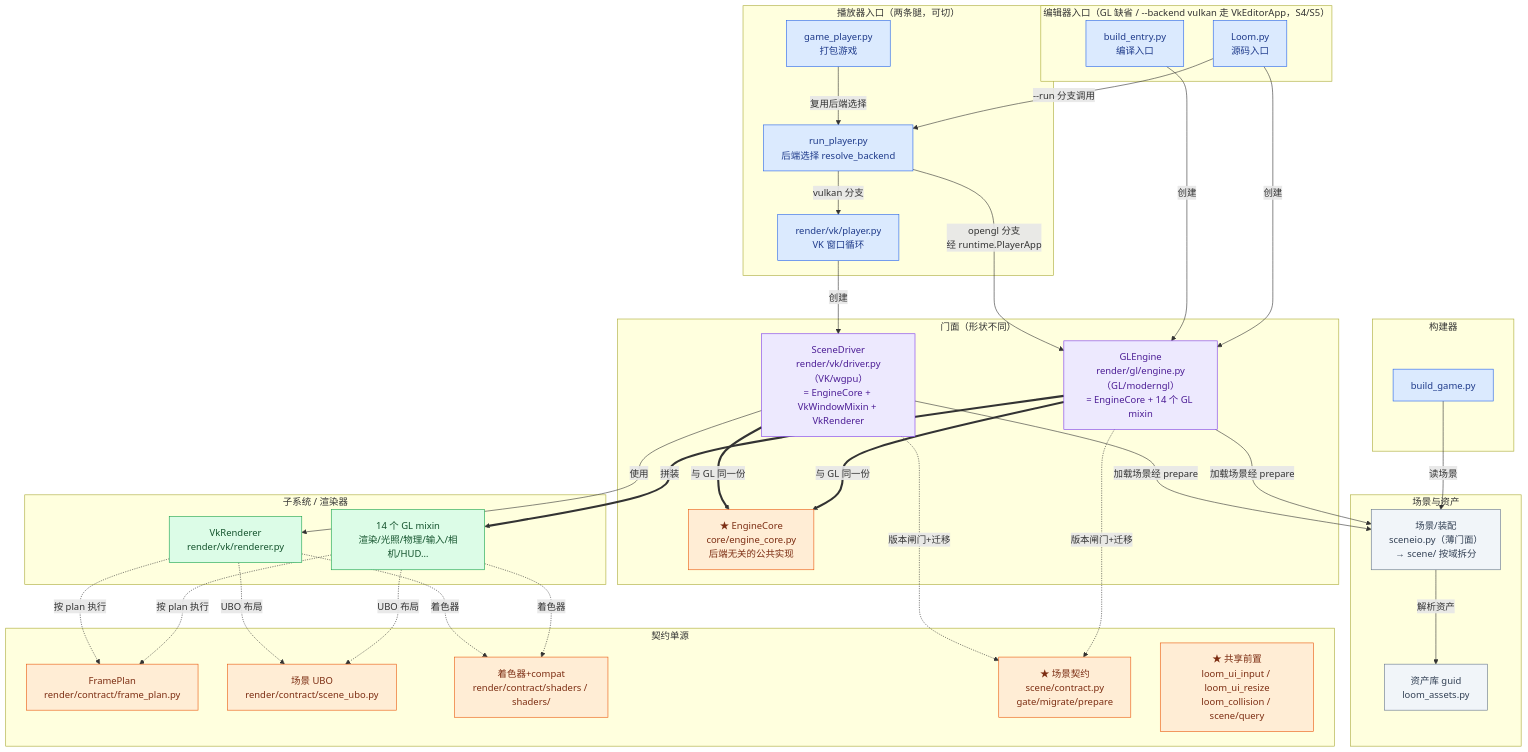
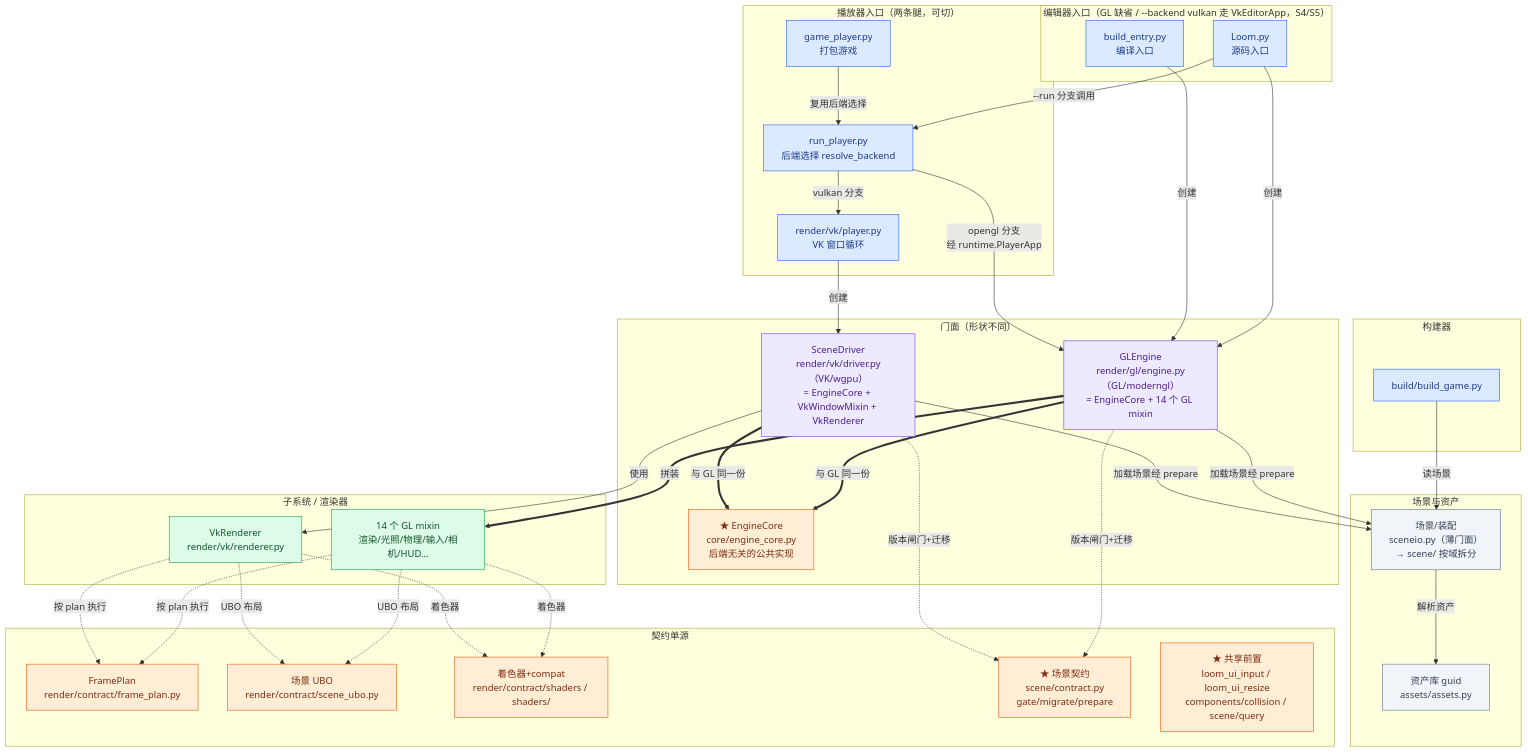
One commit to lhy302/WeaveEngine changed the first of 23 diagrams in ARCHITECTURE.md. Above: the diagram before and after it, drawn with Mermaid. The commit also changed other lines of this file and 102 other files, not shown here.

````diff
--- a/ARCHITECTURE.md
+++ b/ARCHITECTURE.md
@@ -74,63 +74,63 @@
 ```mermaid
 flowchart TB
   subgraph EDENT["编辑器入口（GL 缺省 / --backend vulkan 走 VkEditorApp，S4/S5）"]
     A1["Loom.py<br/>源码入口"]:::entry
     A2["build_entry.py<br/>编译入口"]:::entry
   end
   subgraph PLENT["播放器入口（两条腿，可切）"]
     A3["run_player.py<br/>后端选择 resolve_backend"]:::entry
     A4["game_player.py<br/>打包游戏"]:::entry
     A5["render/vk/player.py<br/>VK 窗口循环"]:::entry
   end
   subgraph TOOL["构建器"]
-    A6["build_game.py"]:::entry
+    A6["build/build_game.py"]:::entry
   end
   subgraph FACADE["门面（形状不同）"]
     B1["GLEngine<br/>render/gl/engine.py（GL/moderngl）<br/>= EngineCore + 14 个 GL mixin"]:::facade
     B2["SceneDriver<br/>render/vk/driver.py（VK/wgpu）<br/>= EngineCore + VkWindowMixin + VkRenderer"]:::facade
     B0["★ EngineCore<br/>core/engine_core.py<br/>后端无关的公共实现"]:::contract
   end
   subgraph IMPL["子系统 / 渲染器"]
     C1["14 个 GL mixin<br/>渲染/光照/物理/输入/相机/HUD…"]:::impl
     C2["VkRenderer<br/>render/vk/renderer.py"]:::impl
   end
   subgraph CONTRACT["契约单源"]
     D1["FramePlan<br/>render/contract/frame_plan.py"]:::contract
     D2["场景 UBO<br/>render/contract/scene_ubo.py"]:::contract
     D3["着色器+compat<br/>render/contract/shaders / shaders/"]:::contract
     D4["★ 场景契约<br/>scene/contract.py<br/>gate/migrate/prepare"]:::contract
-    D5["★ 共享前置<br/>loom_ui_input / loom_ui_resize<br/>loom_collision / scene/query"]:::contract
+    D5["★ 共享前置<br/>loom_ui_input / loom_ui_resize<br/>components/collision / scene/query"]:::contract
   end
   subgraph DATA["场景与资产"]
     E1["场景/装配<br/>sceneio.py（薄门面）<br/>→ scene/ 按域拆分"]:::file
-    E2["资产库 guid<br/>loom_assets.py"]:::file
+    E2["资产库 guid<br/>assets/assets.py"]:::file
   end
   A1 -->|创建| B1
   A2 -->|创建| B1
   A1 -->|--run 分支调用| A3
   A4 -->|复用后端选择| A3
   A3 -->|opengl 分支<br/>经 runtime.PlayerApp| B1
   A3 -->|vulkan 分支| A5
   A5 -->|创建| B2
   A6 -->|读场景| E1
   B1 ==>|拼装| C1
   B2 -->|使用| C2
   B1 ==>|与 GL 同一份| B0
   B2 ==>|与 GL 同一份| B0
   B1 -->|加载场景经 prepare| E1
   B2 -->|加载场景经 prepare| E1
   B1 -.->|版本闸门+迁移| D4
   B2 -.->|版本闸门+迁移| D4
   C1 -.->|按 plan 执行| D1
   C2 -.->|按 plan 执行| D1
   C1 -.->|UBO 布局| D2
   C2 -.->|UBO 布局| D2
   C1 -.->|着色器| D3
   C2 -.->|着色器| D3
   E1 -->|解析资产| E2
   classDef entry fill:#dbeafe,stroke:#2563eb,color:#1e3a8a
   classDef facade fill:#ede9fe,stroke:#7c3aed,color:#4c1d95
   classDef impl fill:#dcfce7,stroke:#16a34a,color:#14532d
   classDef contract fill:#ffedd5,stroke:#ea580c,color:#7c2d12
   classDef file fill:#f1f5f9,stroke:#64748b,color:#334155
 ```
````
